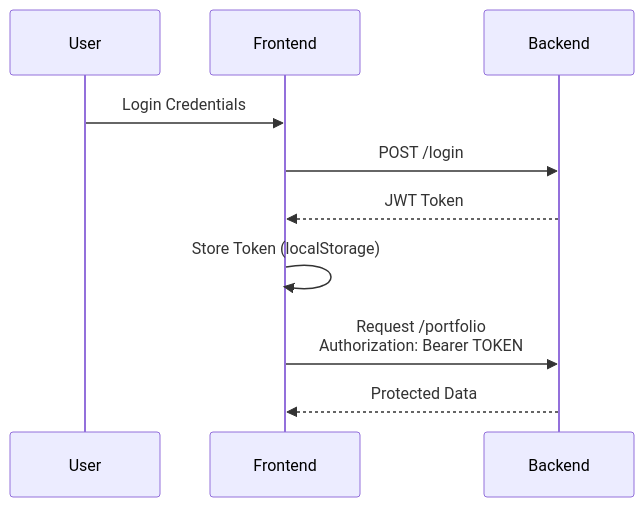
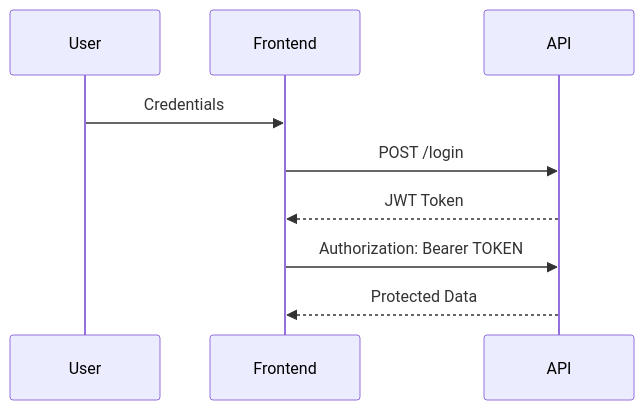
Before and after one commit to TaherFakri/ascella-intelligence: the second of 3 diagrams in readme.md, drawn with Mermaid. The commit also changed other lines of this file, not shown here.

````diff
--- a/readme.md
+++ b/readme.md
@@ -46,13 +47,12 @@
 ```mermaid
 sequenceDiagram
-    participant U as User
-    participant F as Frontend
-    participant B as Backend
+    participant User
+    participant Frontend
+    participant API
 
-    U->>F: Login Credentials
-    F->>B: POST /login
-    B-->>F: JWT Token
-    F->>F: Store Token (localStorage)
-    F->>B: Request /portfolio<br>Authorization: Bearer TOKEN
-    B-->>F: Protected Data
+    User->>Frontend: Credentials
+    Frontend->>API: POST /login
+    API-->>Frontend: JWT Token
+    Frontend->>API: Authorization: Bearer TOKEN
+    API-->>Frontend: Protected Data
 ```
````
